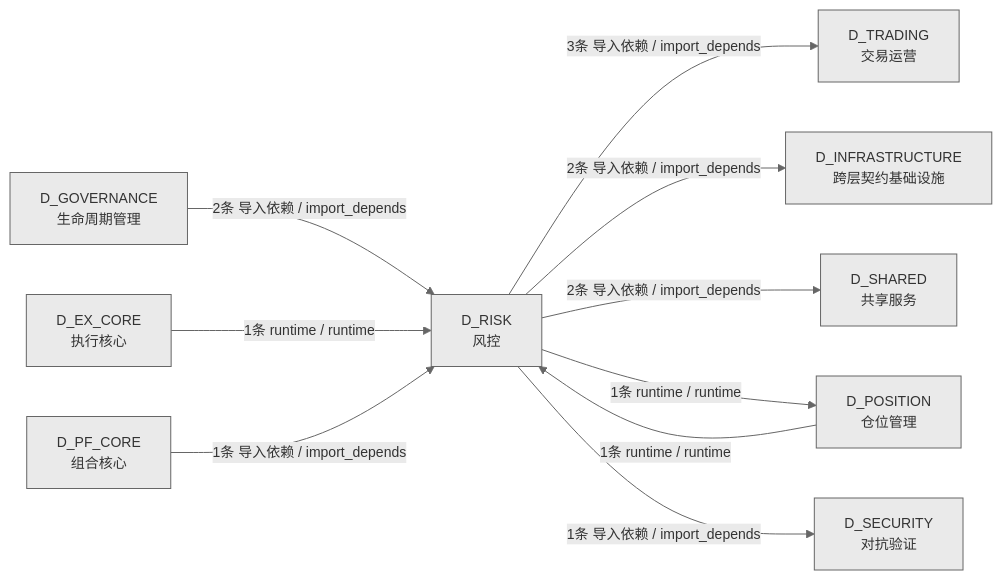
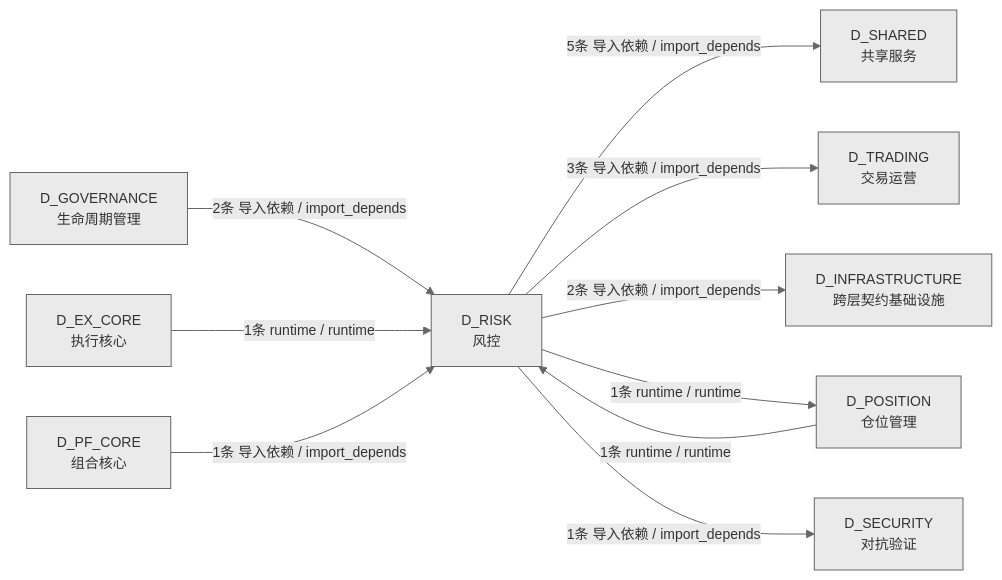
One commit to xuanFelixVan/ZephyrAlpha changed the fourth of 4 diagrams in docs/02_enterprise_architecture/02_domain_architecture_docs/65_d_risk.md. Above: the diagram before and after it, drawn with Mermaid. The commit also changed other lines of this file and 46 other files, not shown here.

````diff
--- a/docs/02_enterprise_architecture/02_domain_architecture_docs/65_d_risk.md
+++ b/docs/02_enterprise_architecture/02_domain_architecture_docs/65_d_risk.md
@@ -248,22 +273,22 @@
 ```mermaid
 %%{init: {'theme': 'base', 'themeVariables': {'primaryColor': '#eaeaea', 'primaryTextColor': '#333333', 'primaryBorderColor': '#666666', 'lineColor': '#666666', 'secondaryColor': '#eaeaea', 'tertiaryColor': '#eaeaea', 'fontSize': '14px'}}}%%
 graph LR
     D_RISK["D_RISK<br/>风控"]
+    D_SHARED["D_SHARED<br/>共享服务"]
     D_TRADING["D_TRADING<br/>交易运营"]
     D_INFRASTRUCTURE["D_INFRASTRUCTURE<br/>跨层契约基础设施"]
-    D_SHARED["D_SHARED<br/>共享服务"]
     D_POSITION["D_POSITION<br/>仓位管理"]
     D_SECURITY["D_SECURITY<br/>对抗验证"]
     D_GOVERNANCE["D_GOVERNANCE<br/>生命周期管理"]
     D_EX_CORE["D_EX_CORE<br/>执行核心"]
     D_PF_CORE["D_PF_CORE<br/>组合核心"]
+    D_RISK -->|5条 导入依赖 / import_depends| D_SHARED
     D_RISK -->|3条 导入依赖 / import_depends| D_TRADING
     D_RISK -->|2条 导入依赖 / import_depends| D_INFRASTRUCTURE
-    D_RISK -->|2条 导入依赖 / import_depends| D_SHARED
     D_RISK -->|1条 runtime / runtime| D_POSITION
     D_RISK -->|1条 导入依赖 / import_depends| D_SECURITY
     D_GOVERNANCE -->|2条 导入依赖 / import_depends| D_RISK
     D_EX_CORE -->|1条 runtime / runtime| D_RISK
     D_PF_CORE -->|1条 导入依赖 / import_depends| D_RISK
     D_POSITION -->|1条 runtime / runtime| D_RISK
 ```
````
